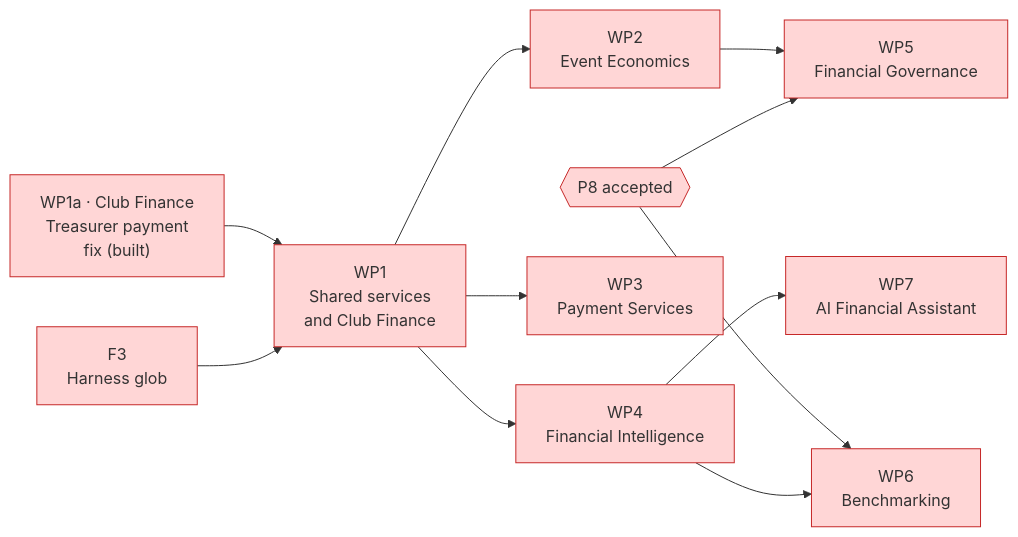
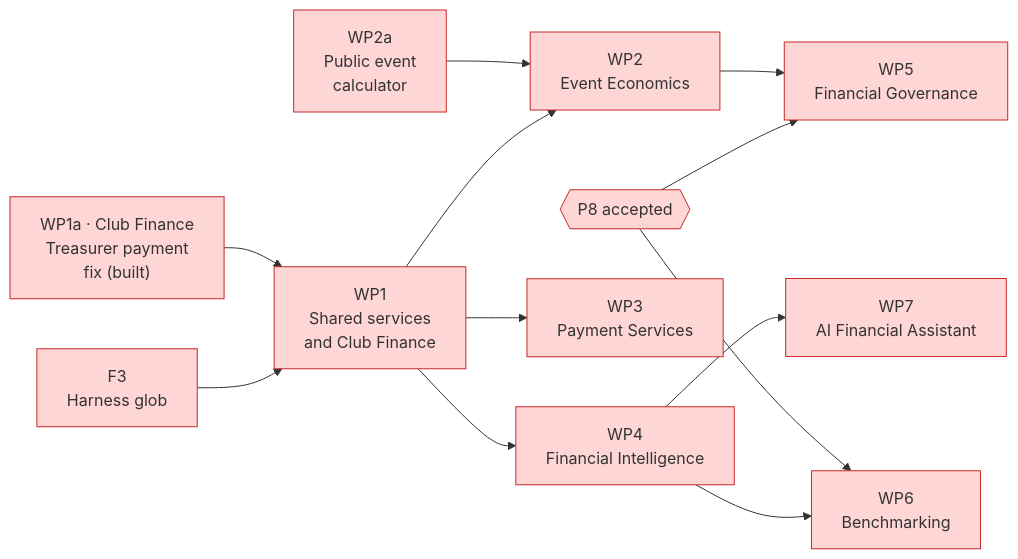
Before and after one commit to DataME2/ia-architect: the diagram in docs/scope/134_pitchpeople_financial_intelligence.md, drawn with Mermaid. The commit also changed other lines of this file and 17 other files, not shown here.

First line of the commit message:
docs: a public calculator estimates an event's financial impact (scope 134, WP2a)

````diff
--- a/docs/scope/134_pitchpeople_financial_intelligence.md
+++ b/docs/scope/134_pitchpeople_financial_intelligence.md
@@ -404,25 +414,27 @@
 ```mermaid
 flowchart LR
   wp1a["WP1a · Club Finance<br>Treasurer payment<br>fix (built)"]:::implementation
   f3["F3<br>Harness glob"]:::implementation
   wp1["WP1<br>Shared services<br>and Club Finance"]:::implementation
+  wp2a["WP2a<br>Public event<br>calculator"]:::implementation
   wp2["WP2<br>Event Economics"]:::implementation
   wp4["WP4<br>Financial Intelligence"]:::implementation
   wp3["WP3<br>Payment Services"]:::implementation
   wp5["WP5<br>Financial Governance"]:::implementation
   p8{{"P8 accepted"}}:::implementation
   wp6["WP6<br>Benchmarking"]:::implementation
   wp7["WP7<br>AI Financial Assistant"]:::implementation
 
   wp1a --> wp1
   f3 --> wp1
+  wp2a --> wp2
   wp1 --> wp2 --> wp5
   wp1 --> wp4
   wp1 --> wp3
   wp4 --> wp7
   p8 --> wp5
   p8 --> wp6
   wp4 --> wp6
 
   classDef implementation fill:#ffd6d6,stroke:#c62828,color:#333
 ```
````
